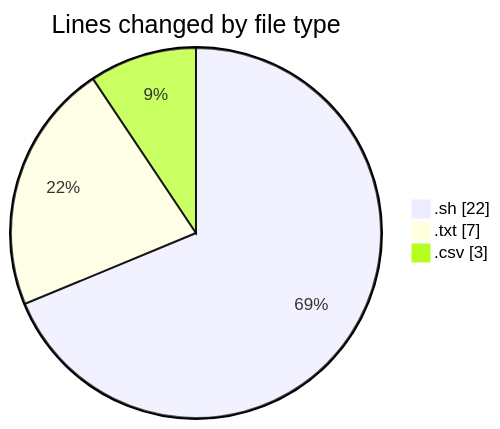
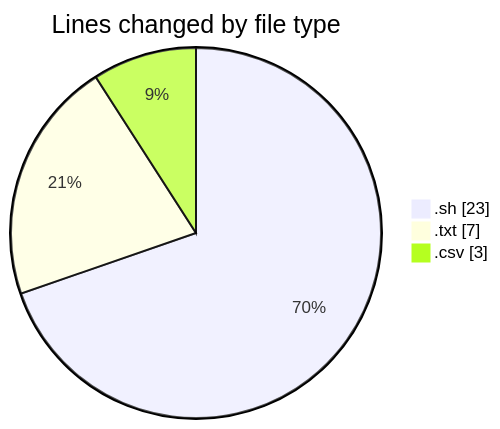
Before and after one commit to ricardozamudiocil/code-tracking: the first of 2 diagrams in 2026-11-12/scripts/README.md, drawn with Mermaid. The commit also changed other lines of this file and 1 other file, not shown here.

````diff
--- a/2026-11-12/scripts/README.md
+++ b/2026-11-12/scripts/README.md
@@ -22,7 +22,7 @@
 ```mermaid
 pie showData
 title Lines changed by file type
-".sh" : 22
+".sh" : 23
 ".txt" : 7
 ".csv" : 3
 ```
````
